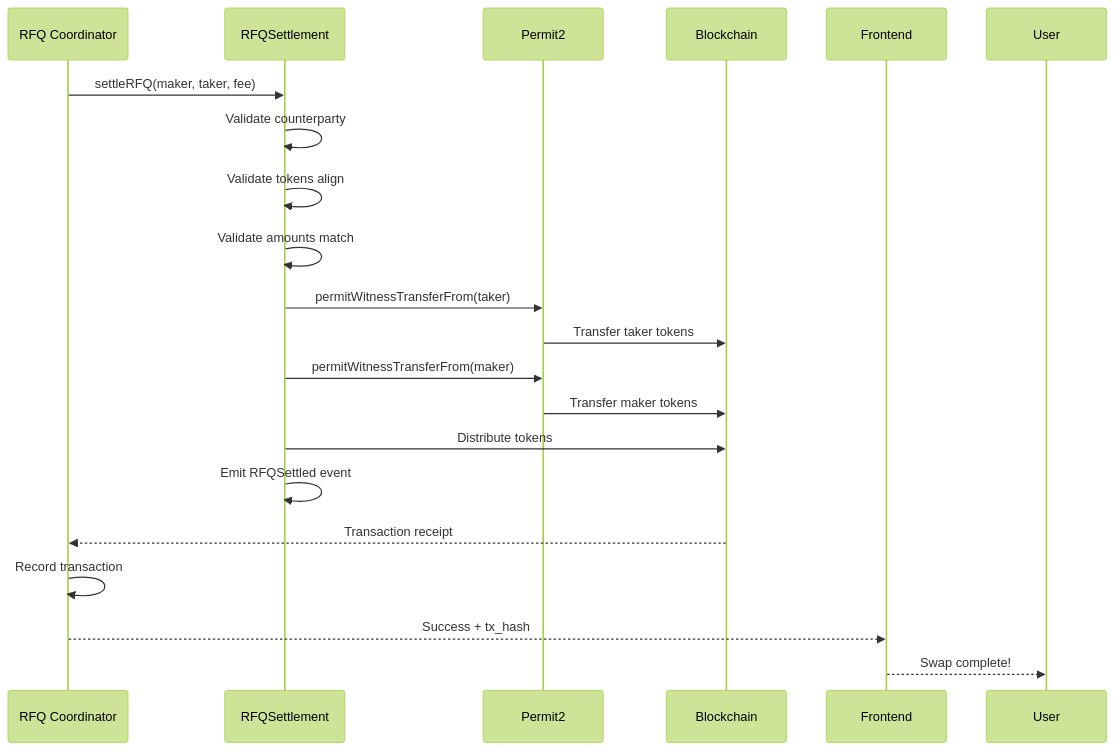
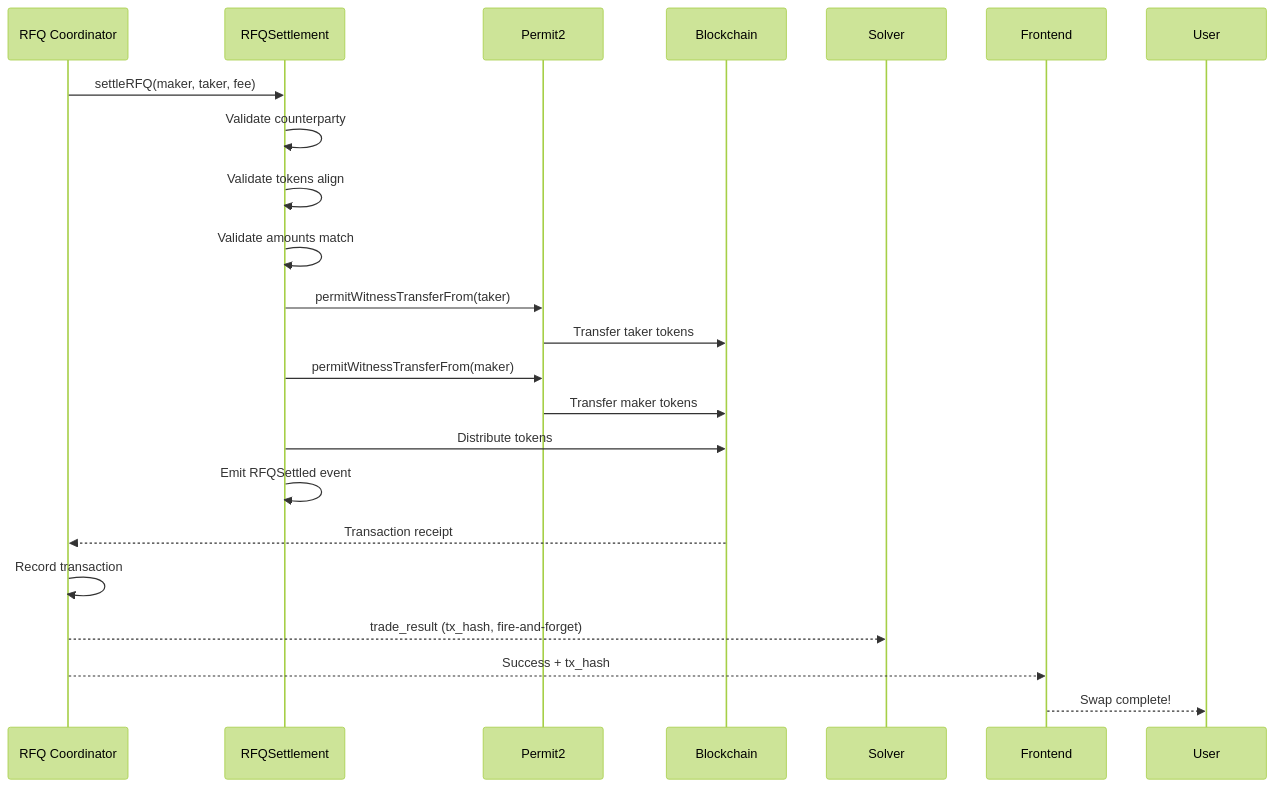
Before and after one commit to Miljan9602/docs: the fifth of 5 diagrams in concepts/architecture/flow-diagram.mdx, drawn with Mermaid (forest theme). The commit also changed 8 other files, not shown here.

````diff
--- a/concepts/architecture/flow-diagram.mdx
+++ b/concepts/architecture/flow-diagram.mdx
@@ -171,24 +171,26 @@
 ```mermaid
 sequenceDiagram
     participant S as RFQ Coordinator
     participant R as RFQSettlement
     participant P as Permit2
     participant B as Blockchain
+    participant M as Solver
     participant F as Frontend
     participant U as User
 
     S->>R: settleRFQ(maker, taker, fee)
     R->>R: Validate counterparty
     R->>R: Validate tokens align
     R->>R: Validate amounts match
     R->>P: permitWitnessTransferFrom(taker)
     P->>B: Transfer taker tokens
     R->>P: permitWitnessTransferFrom(maker)
     P->>B: Transfer maker tokens
     R->>B: Distribute tokens
     R->>R: Emit RFQSettled event
     B-->>S: Transaction receipt
     S->>S: Record transaction
+    S-->>M: trade_result (tx_hash, fire-and-forget)
     S-->>F: Success + tx_hash
     F-->>U: Swap complete!
 ```
````
